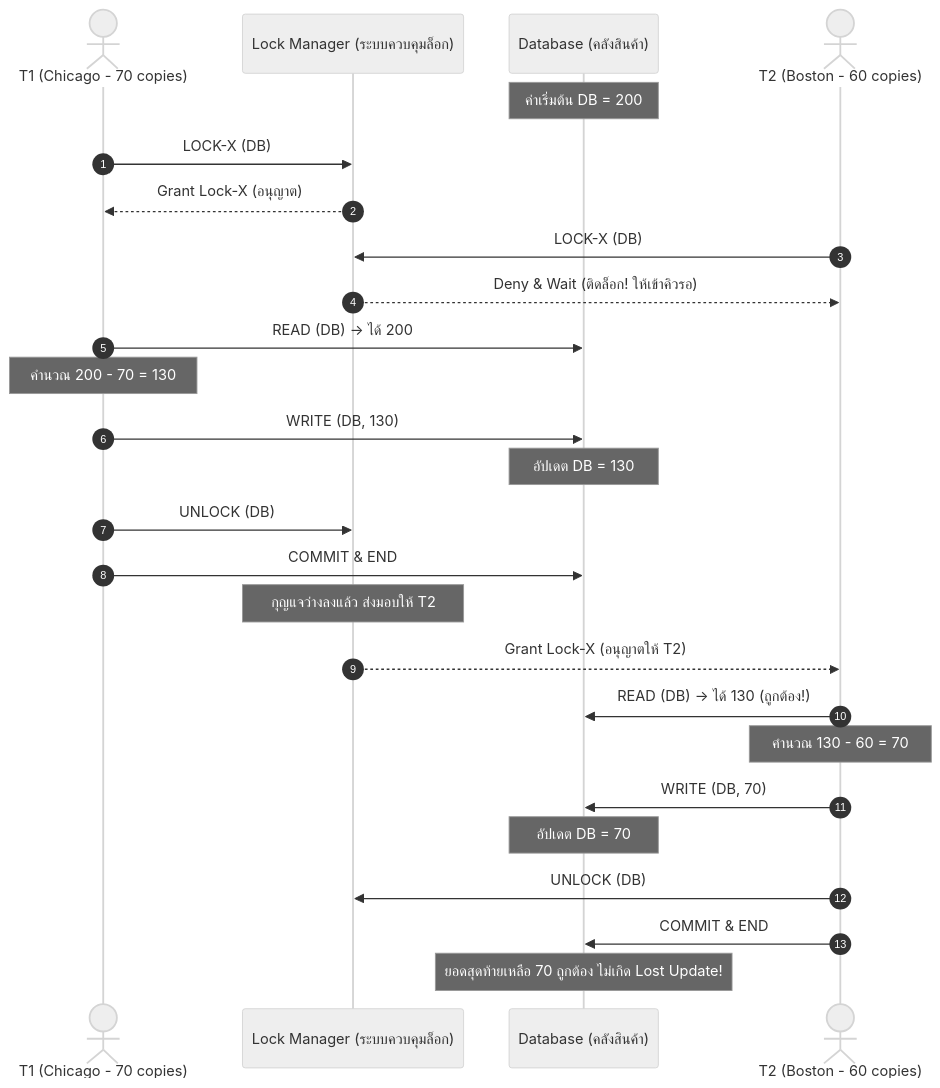
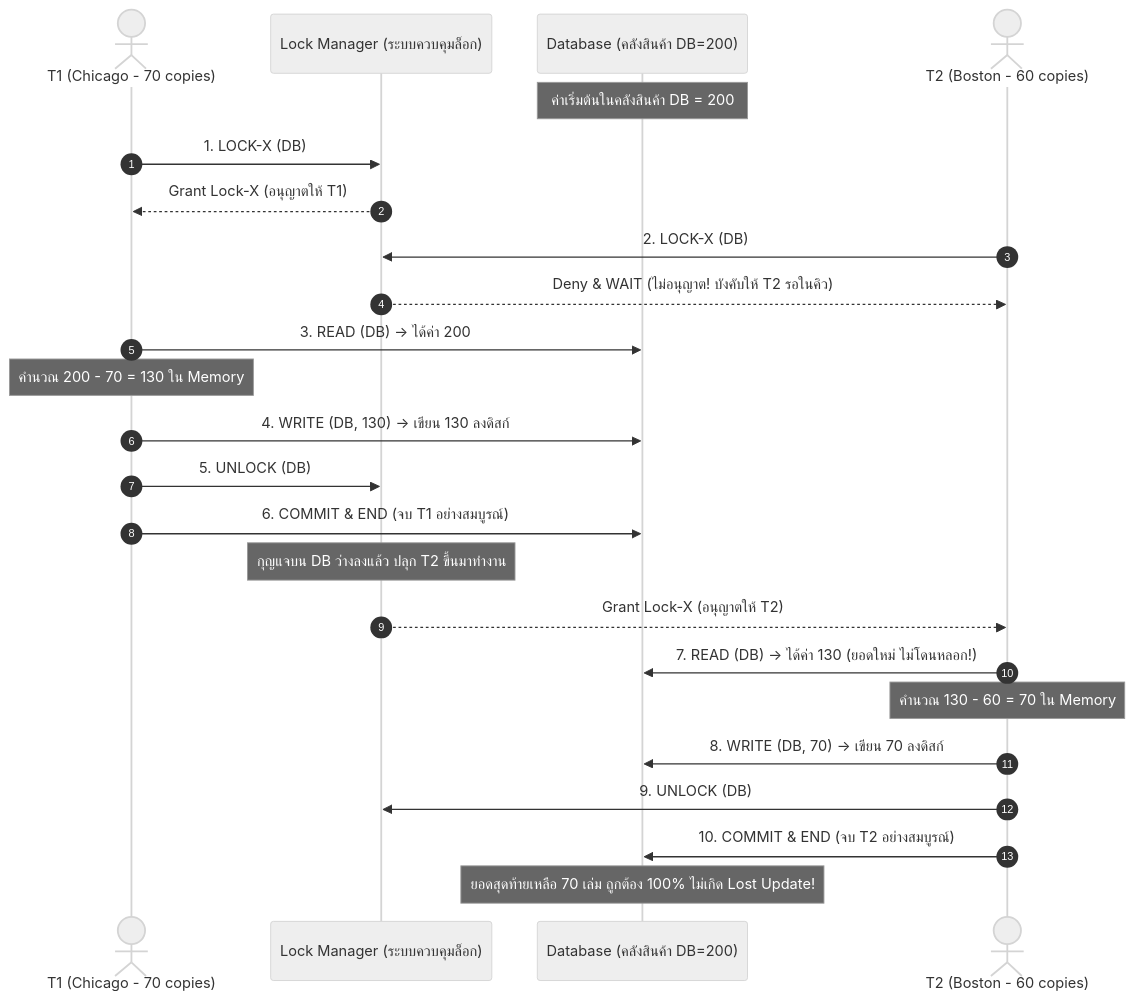
Diagram 11 of 11 in Wiki/Lecture 8 - Database System Architecture.md (kanomoo/database-system), drawn with Mermaid (neutral theme) before and after one commit. The commit also changed other lines of this file and 1 other file, not shown here.

````diff
--- a/Wiki/Lecture 8 - Database System Architecture.md
+++ b/Wiki/Lecture 8 - Database System Architecture.md
@@ -377,31 +649,29 @@
 ```mermaid
 sequenceDiagram
     autonumber
     actor T1 as T1 (Chicago - 70 copies)
     participant LockMgr as Lock Manager (ระบบควบคุมล็อก)
-    participant DB as Database (คลังสินค้า)
+    participant DB as Database (คลังสินค้า DB=200)
     actor T2 as T2 (Boston - 60 copies)
 
-    Note over DB: ค่าเริ่มต้น DB = 200
-    T1->>LockMgr: LOCK-X (DB)
-    LockMgr-->>T1: Grant Lock-X (อนุญาต)
-    T2->>LockMgr: LOCK-X (DB)
-    LockMgr-->>T2: Deny & Wait (ติดล็อก! ให้เข้าคิวรอ)
+    Note over DB: ค่าเริ่มต้นในคลังสินค้า DB = 200
+    T1->>LockMgr: 1. LOCK-X (DB)
+    LockMgr-->>T1: Grant Lock-X (อนุญาตให้ T1)
+    T2->>LockMgr: 2. LOCK-X (DB)
+    LockMgr-->>T2: Deny & WAIT (ไม่อนุญาต! บังคับให้ T2 รอในคิว)
     
-    T1->>DB: READ (DB) -> ได้ 200
-    Note over T1: คำนวณ 200 - 70 = 130
-    T1->>DB: WRITE (DB, 130)
-    Note over DB: อัปเดต DB = 130
-    T1->>LockMgr: UNLOCK (DB)
-    T1->>DB: COMMIT & END
+    T1->>DB: 3. READ (DB) -> ได้ค่า 200
+    Note over T1: คำนวณ 200 - 70 = 130 ใน Memory
+    T1->>DB: 4. WRITE (DB, 130) -> เขียน 130 ลงดิสก์
+    T1->>LockMgr: 5. UNLOCK (DB)
+    T1->>DB: 6. COMMIT & END (จบ T1 อย่างสมบูรณ์)
 
-    Note over LockMgr: กุญแจว่างลงแล้ว ส่งมอบให้ T2
+    Note over LockMgr: กุญแจบน DB ว่างลงแล้ว ปลุก T2 ขึ้นมาทำงาน
     LockMgr-->>T2: Grant Lock-X (อนุญาตให้ T2)
-    T2->>DB: READ (DB) -> ได้ 130 (ถูกต้อง!)
-    Note over T2: คำนวณ 130 - 60 = 70
-    T2->>DB: WRITE (DB, 70)
-    Note over DB: อัปเดต DB = 70
-    T2->>LockMgr: UNLOCK (DB)
-    T2->>DB: COMMIT & END
-    Note over DB: ยอดสุดท้ายเหลือ 70 ถูกต้อง ไม่เกิด Lost Update!
+    T2->>DB: 7. READ (DB) -> ได้ค่า 130 (ยอดใหม่ ไม่โดนหลอก!)
+    Note over T2: คำนวณ 130 - 60 = 70 ใน Memory
+    T2->>DB: 8. WRITE (DB, 70) -> เขียน 70 ลงดิสก์
+    T2->>LockMgr: 9. UNLOCK (DB)
+    T2->>DB: 10. COMMIT & END (จบ T2 อย่างสมบูรณ์)
+    Note over DB: ยอดสุดท้ายเหลือ 70 เล่ม ถูกต้อง 100% ไม่เกิด Lost Update!
 ```
````
